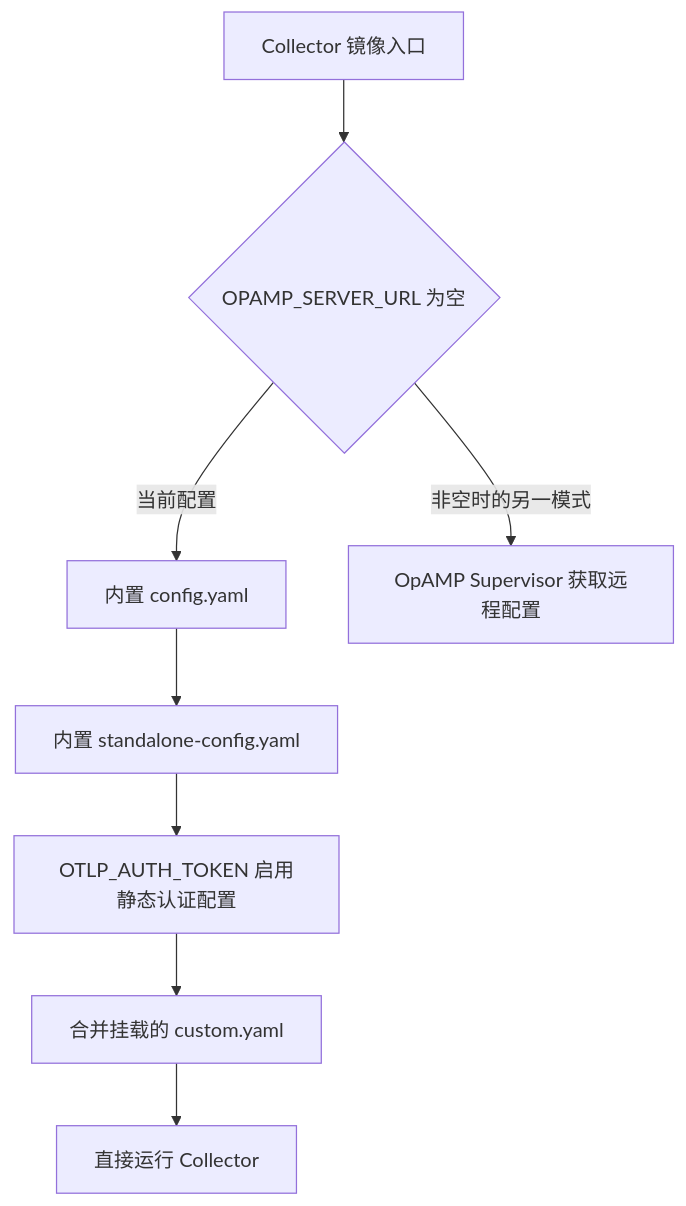
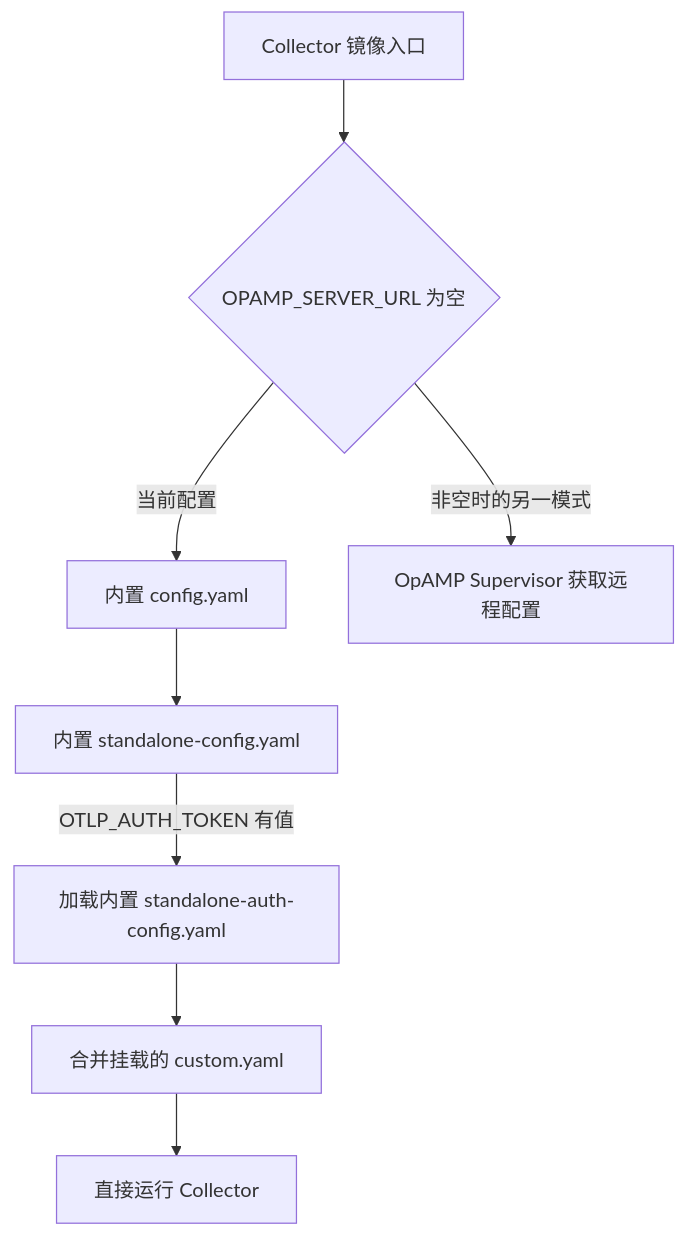
One commit to icecream154/observability-infra changed the third of 8 diagrams in compose-yaml.md. Above: the diagram before and after it, drawn with Mermaid. The commit also changed other lines of this file and 3 other files, not shown here.

````diff
--- a/compose-yaml.md
+++ b/compose-yaml.md
@@ -183,10 +183,10 @@
 ```mermaid
 flowchart TD
     Start[Collector 镜像入口] --> Mode{OPAMP_SERVER_URL 为空}
     Mode -->|当前配置| Base[内置 config.yaml]
     Base --> Standalone[内置 standalone-config.yaml]
-    Standalone --> Auth[OTLP_AUTH_TOKEN 启用静态认证配置]
+    Standalone -->|OTLP_AUTH_TOKEN 有值| Auth[加载内置 standalone-auth-config.yaml]
     Auth --> Custom[合并挂载的 custom.yaml]
     Custom --> Run[直接运行 Collector]
     Mode -->|非空时的另一模式| Supervisor[OpAMP Supervisor 获取远程配置]
 ```
````
